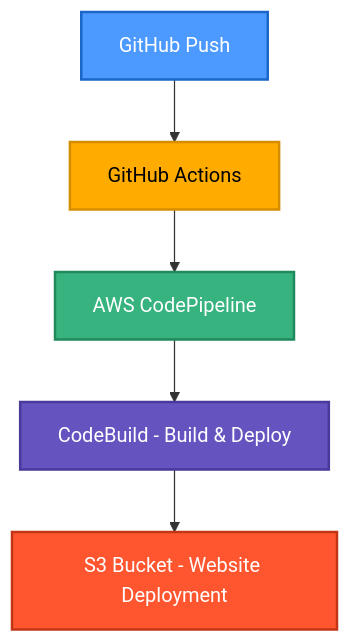
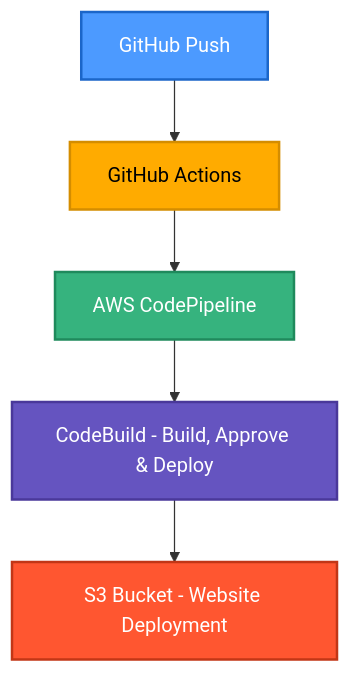
One commit to tanishk97/MICS295Capstone changed the diagram in flow.md. Above: the diagram before and after it, drawn with Mermaid.

Commit message:
Update CodeBuild step description in flow diagram

````diff
--- a/flow.md
+++ b/flow.md
@@ -3,14 +3,14 @@
 ```mermaid
 graph TD
     A[GitHub Push] --> B[GitHub Actions]
     B --> C[AWS CodePipeline]
-    C --> D[CodeBuild - Build & Deploy]
+    C --> D[CodeBuild - Build, Approve & Deploy]
     D --> E[S3 Bucket - Website Deployment]
 
     %% Styling
     style A fill:#4c9aff,stroke:#1b66c9,stroke-width:2px,color:#fff
     style B fill:#ffab00,stroke:#d48d00,stroke-width:2px,color:#000
     style C fill:#36b37e,stroke:#1f8a5c,stroke-width:2px,color:#fff
     style D fill:#6554c0,stroke:#4a389a,stroke-width:2px,color:#fff
     style E fill:#ff5630,stroke:#c23616,stroke-width:2px,color:#fff
 ```
````
